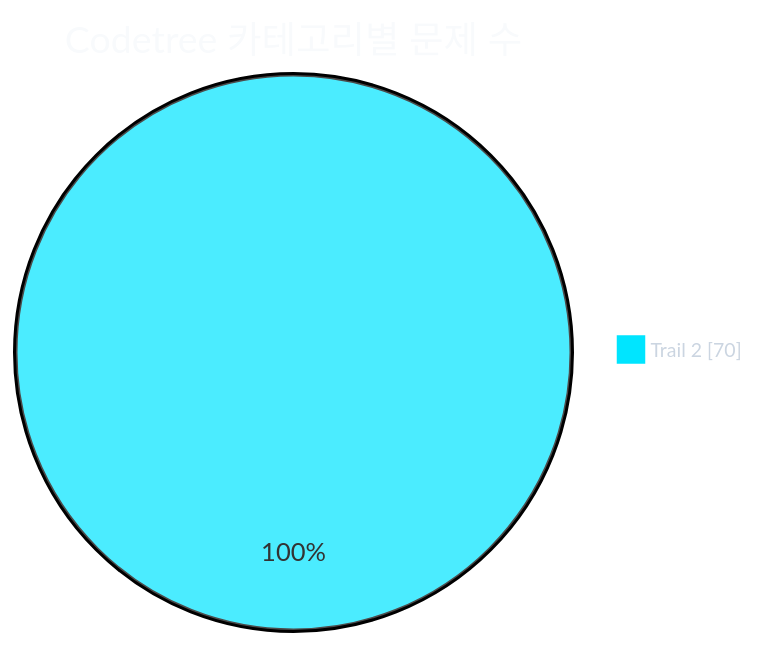
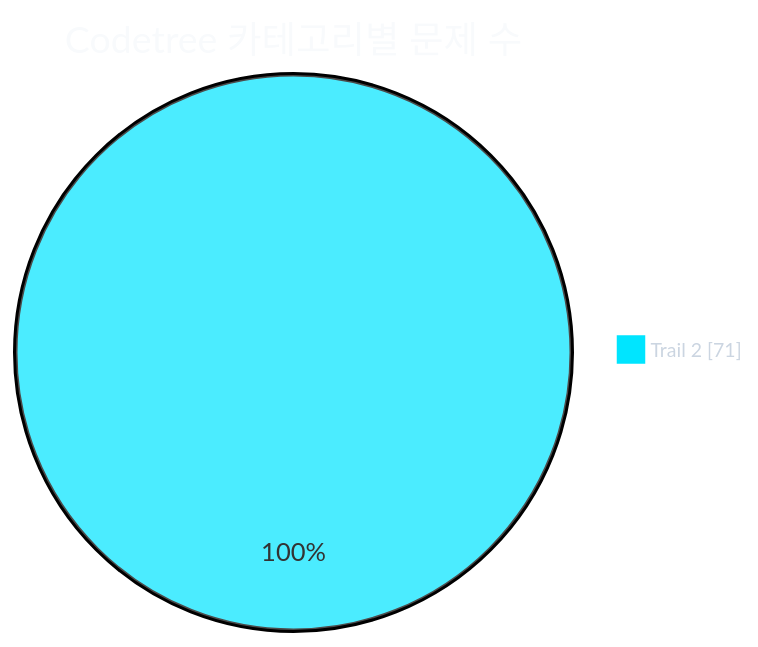
The first of 2 diagrams in readme.md (CHOOSLA/Algorithm), drawn with Mermaid before and after one commit. The commit also changed other lines of this file and 2 other files, not shown here.

````diff
--- a/readme.md
+++ b/readme.md
@@ -31,21 +31,21 @@
 ```mermaid
 ---
 config:
   theme: base
   themeVariables:
     background: '#0d1117'
     pieTitleTextColor: '#f8fafc'
     pieLegendTextColor: '#cbd5e1'
     pieLegendTextSize: '13px'
     pie1: '#00e5ff'
     pie2: '#22c55e'
     pie3: '#f59e0b'
     pie4: '#a855f7'
     pie5: '#ec4899'
     pie6: '#3b82f6'
     pie7: '#64748b'
 ---
 pie showData
   title Codetree 카테고리별 문제 수
-  "Trail 2" : 70
+  "Trail 2" : 71
 ```
````
